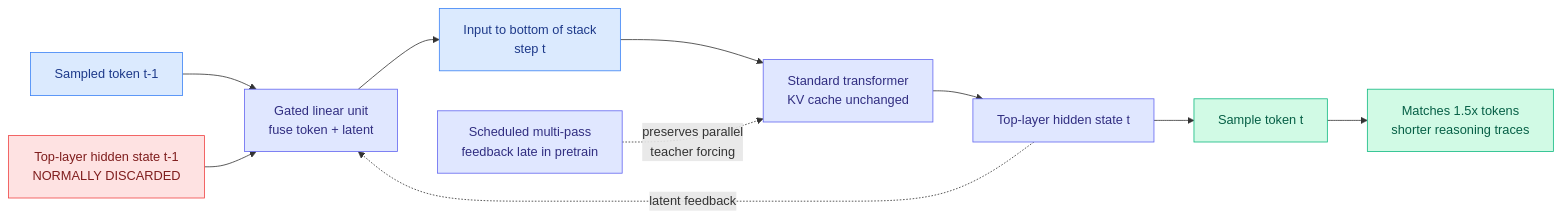
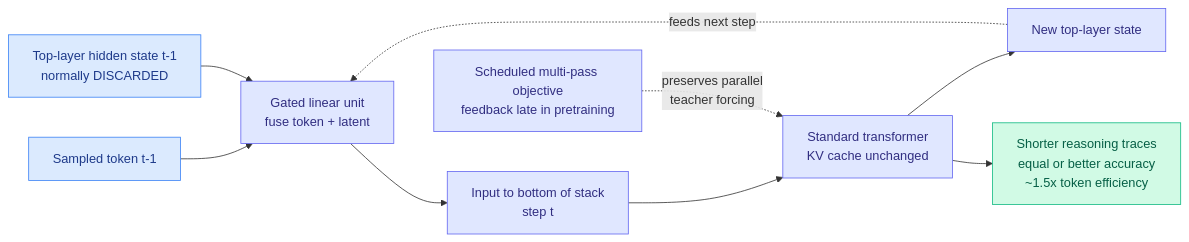
The seventh of 9 diagrams in wiki/daily-digest/2026-08/2026-08-14.md (bayesiansapien/cere-bro), drawn with Mermaid before and after one commit. The commit also changed other lines of this file and 6 other files, not shown here.

````diff
--- a/wiki/daily-digest/2026-08/2026-08-14.md
+++ b/wiki/daily-digest/2026-08/2026-08-14.md
@@ -203,20 +404,17 @@
 ```mermaid
 flowchart LR
   S[Sampled token t-1] --> GLU[Gated linear unit<br/>fuse token + latent]
-  HS[Top-layer hidden state t-1<br/>NORMALLY DISCARDED] --> GLU
+  HS[Top-layer hidden state t-1<br/>normally DISCARDED] --> GLU
   GLU --> IN[Input to bottom of stack<br/>step t]
   IN --> STACK[Standard transformer<br/>KV cache unchanged]
-  STACK --> TOP[Top-layer hidden state t]
-  TOP --> OUT[Sample token t]
-  TOP -.latent feedback.-> GLU
-  SCH[Scheduled multi-pass<br/>feedback late in pretrain] -.preserves parallel<br/>teacher forcing.-> STACK
-  OUT --> R[Matches 1.5x tokens<br/>shorter reasoning traces]
+  STACK --> HS2[New top-layer state]
+  HS2 -.feeds next step.-> GLU
+  STACK --> O[Shorter reasoning traces<br/>equal or better accuracy<br/>~1.5x token efficiency]
+  TF[Scheduled multi-pass objective<br/>feedback late in pretraining] -.preserves parallel<br/>teacher forcing.-> STACK
   classDef input fill:#dbeafe,stroke:#3b82f6,color:#1e3a8a
   classDef output fill:#d1fae5,stroke:#10b981,color:#065f46
-  classDef warn fill:#fee2e2,stroke:#ef4444,color:#7f1d1d
   classDef aux fill:#e0e7ff,stroke:#6366f1,color:#312e81
-  class S,IN input
-  class OUT,R output
-  class HS warn
-  class GLU,STACK,TOP,SCH aux
+  class S,HS input
+  class O output
+  class GLU,IN,STACK,HS2,TF aux
 ```
````
